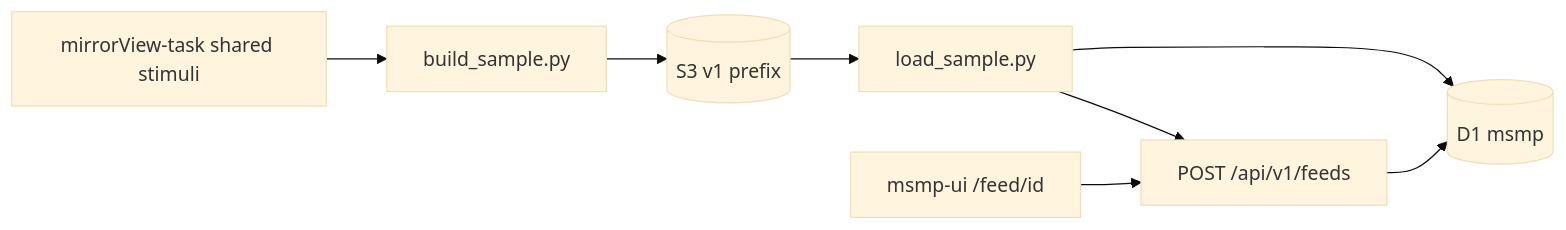
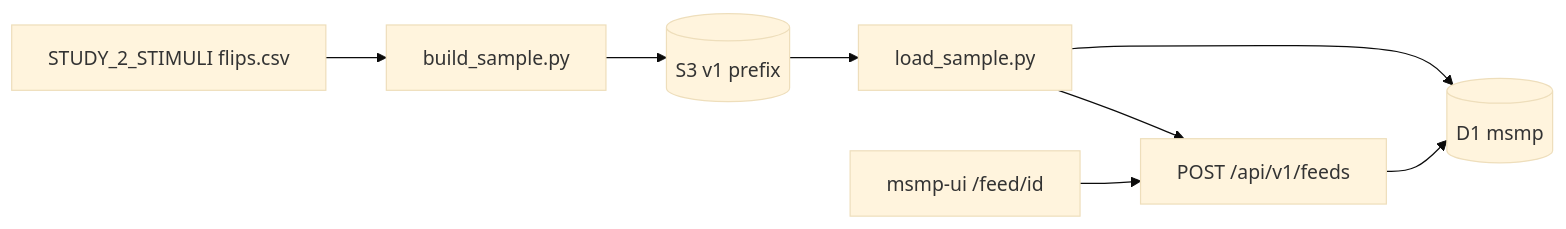
The first of 2 diagrams in docs/plans/2026-10-27_mirrorview-study2-sample-feed_7b2e91/proposal.md (METResearchGroup/mock_social_media_platform), drawn with Mermaid (base theme) before and after one commit. The commit also changed other lines of this file, not shown here.

First line of the commit message:
Record the Study 2 stimuli source in the sample-feed proposal.

````diff
--- a/docs/plans/2026-10-27_mirrorview-study2-sample-feed_7b2e91/proposal.md
+++ b/docs/plans/2026-10-27_mirrorview-study2-sample-feed_7b2e91/proposal.md
@@ -145,18 +155,18 @@
 ```mermaid
 flowchart LR
-  SRC[mirrorView-task shared stimuli]
+  SRC["STUDY_2_STIMULI flips.csv"]
   BUILD[build_sample.py]
   S3[(S3 v1 prefix)]
   LOAD[load_sample.py]
   D1[(D1 msmp)]
   API[POST /api/v1/feeds]
   UI[msmp-ui /feed/id]
 
   SRC --> BUILD
   BUILD --> S3
   S3 --> LOAD
   LOAD --> D1
   LOAD --> API
   API --> D1
   UI --> API
 ```
````
